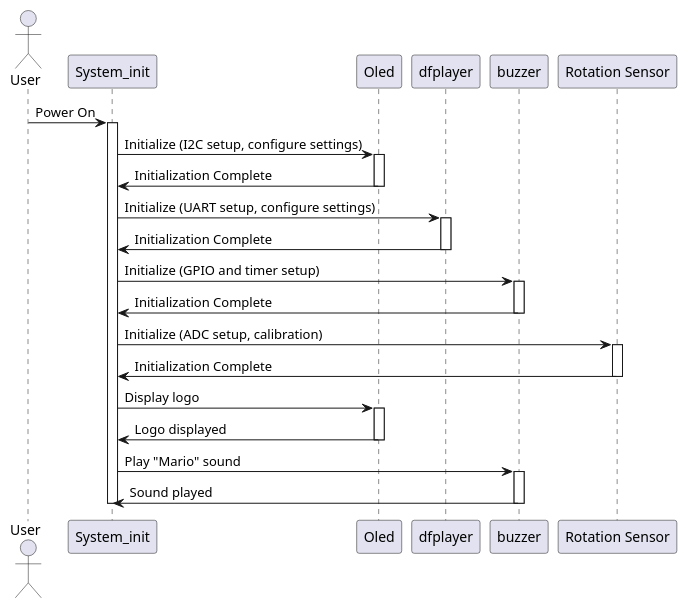
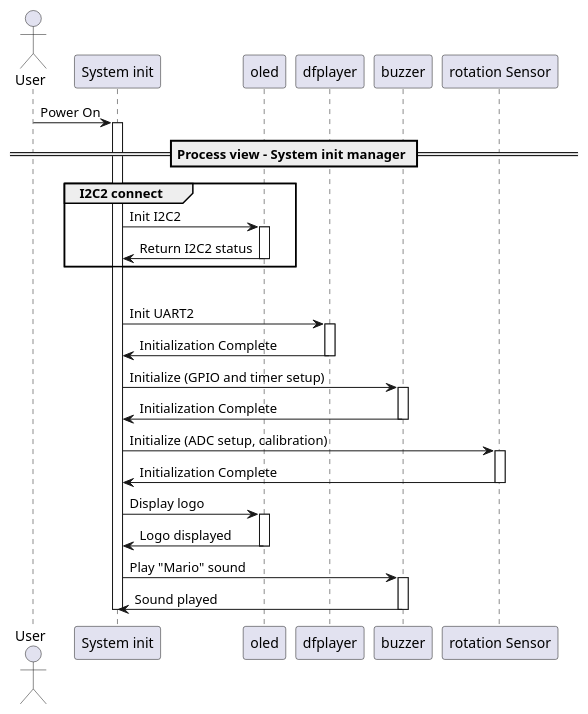
One commit to toannguyentien-itr-intern/MP3_Player changed the diagram in Documents/Seqence_diagram/Initialzation.wsd. Above: the diagram before and after it, drawn with PlantUML.

Commit message:
Update: Optimize the group I2C2 connect

```diff
--- a/Documents/Seqence_diagram/Initialzation.wsd
+++ b/Documents/Seqence_diagram/Initialzation.wsd
@@ -1,44 +1,49 @@
 @startuml Initialization
 
 actor User
-participant "System_init"   as    MainSystem
-participant OLED            as    "Oled"
+participant "System init"   as    MainSystem
+participant OLED            as    "oled"
 participant DFPlayer        as    "dfplayer"
 participant Buzzer          as    "buzzer"
-participant RotationSensor  as    "Rotation Sensor" 
+participant RotationSensor  as    "rotation Sensor" 
 
 User -> MainSystem: Power On
 activate MainSystem
 
-MainSystem -> OLED: Initialize (I2C setup, configure settings)
+== Process view - System init manager ==
+
+group I2C2 connect
+MainSystem -> OLED: Init I2C2 
 activate OLED
-OLED -> MainSystem: Initialization Complete
+OLED -> MainSystem: Return I2C2 status
 deactivate OLED
+end
 
-MainSystem -> DFPlayer: Initialize (UART setup, configure settings)
+group UART2 connect
+MainSystem -> DFPlayer: Init UART2
 activate DFPlayer
 DFPlayer -> MainSystem: Initialization Complete
 deactivate DFPlayer
 
 MainSystem -> Buzzer: Initialize (GPIO and timer setup)
 activate Buzzer
 Buzzer -> MainSystem: Initialization Complete
 deactivate Buzzer
 
 MainSystem -> RotationSensor: Initialize (ADC setup, calibration)
 activate RotationSensor
 RotationSensor -> MainSystem: Initialization Complete
 deactivate RotationSensor
 
 MainSystem -> OLED: Display logo
 activate OLED
 OLED -> MainSystem: Logo displayed
 deactivate OLED
 
 MainSystem -> Buzzer: Play "Mario" sound
 activate Buzzer
 Buzzer -> MainSystem: Sound played
 deactivate Buzzer
 
 deactivate MainSystem
 @enduml
```
